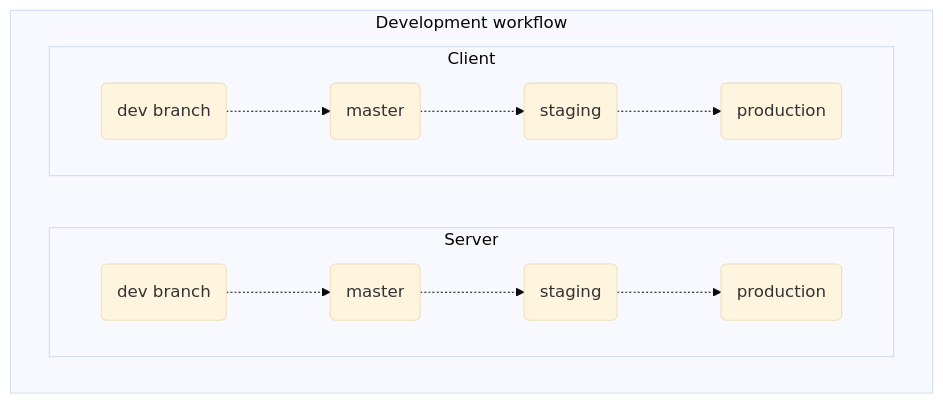
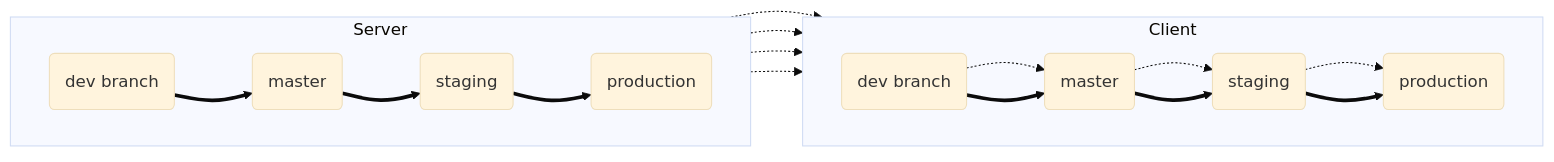
One commit to ITISFoundation/osparc-simcore changed the diagram in services/api-server/README.md. Above: the diagram before and after it, drawn with Mermaid (base theme). The commit also changed other lines of this file, not shown here.

Commit message:
add section on backwards compatibility

````diff
--- a/services/api-server/README.md
+++ b/services/api-server/README.md
@@ -41,17 +42,25 @@
 ```mermaid
 
-flowchart
-  direction LR
-  subgraph Development workflow
+flowchart LR
+  subgraph Client
     direction LR
-    subgraph Server
-      direction LR
-      A1(dev branch) .->  B1(master) .-> C1(staging) .-> D1(production)
-    end
-    subgraph Client
-      direction LR
-      A2(dev branch) .-> B2(master) .-> C2(staging) .-> D2(production)
-    end
+    A2(dev branch) .-> B2(master) .-> C2(staging) .-> D2(production)
+    A2(dev branch) ==> B2(master) ==> C2(staging) ==> D2(production)
+  end
+  subgraph Server
+    direction LR
+    A1(dev branch) ~~~ B1(master) ~~~ C1(staging) ~~~ D1(production)
+    A1(dev branch) ==> B1(master) ==> C1(staging) ==> D1(production)
   end
 
+  A1 .-> A2
+  B1 .-> B2
+  C1 .-> C2
+  D1 .-> D2
+
+  A2 ~~~ A1
+  B2 ~~~ B1
+  C2 ~~~ C1
+  D2 ~~~ D1
+
 ```
````
